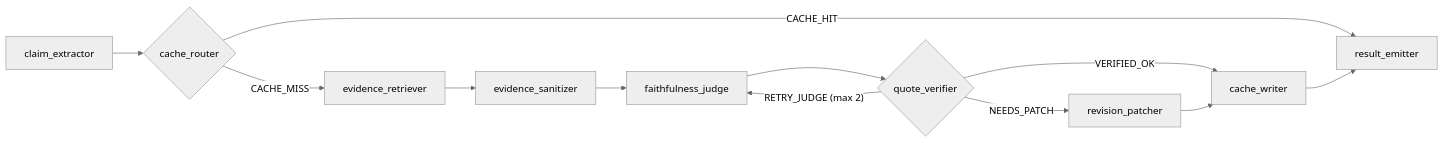
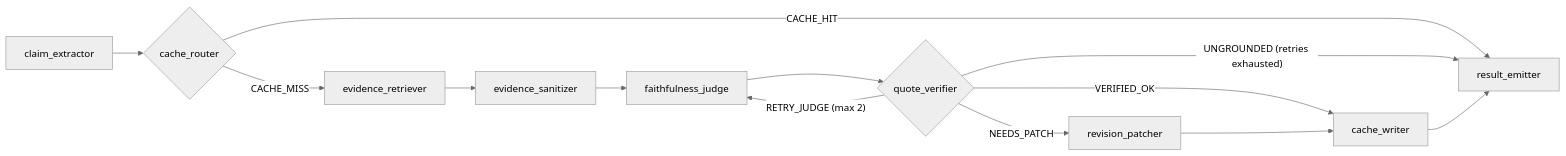
Before and after one commit to FHTW-AI25/CiteGuard: the first of 2 diagrams in README.md, drawn with Mermaid (neutral theme). The commit also changed other lines of this file and 3 other files, not shown here.

````diff
--- a/README.md
+++ b/README.md
@@ -54,14 +54,15 @@
 ```mermaid
 flowchart LR
     CE["claim_extractor"] --> CR{"cache_router"}
     CR -- "CACHE_HIT" --> RE["result_emitter"]
     CR -- "CACHE_MISS" --> ER["evidence_retriever"]
     ER --> ES["evidence_sanitizer"]
     ES --> FJ["faithfulness_judge"]
     FJ --> QV{"quote_verifier"}
     QV -- "RETRY_JUDGE (max 2)" --> FJ
+    QV -- "UNGROUNDED (retries exhausted)" --> RE
     QV -- "VERIFIED_OK" --> CW["cache_writer"]
     QV -- "NEEDS_PATCH" --> RP["revision_patcher"]
     RP --> CW
     CW --> RE
 ```
````
